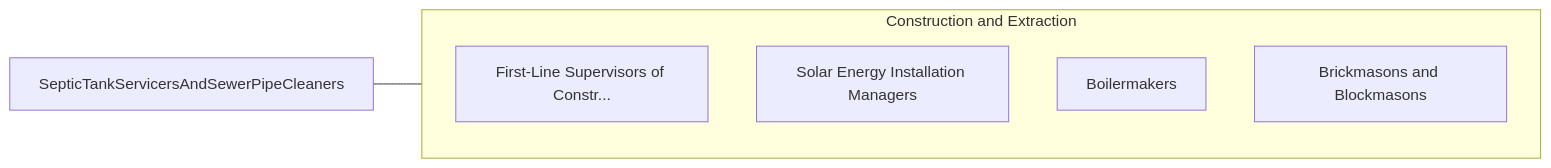
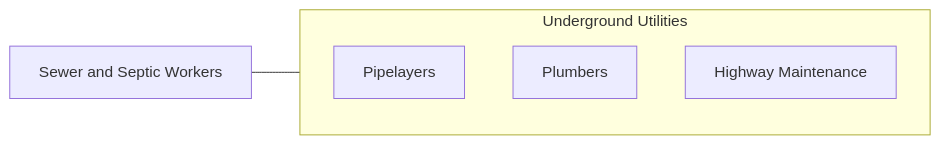
Before and after one commit to kziemski/business.org.ai: the fourth of 4 diagrams in occupations/Construction/SepticTankServicersAndSewerPipeCleaners.mdx, drawn with Mermaid. The commit also changed other lines of this file and 938 other files, not shown here.

````diff
--- a/occupations/Construction/SepticTankServicersAndSewerPipeCleaners.mdx
+++ b/occupations/Construction/SepticTankServicersAndSewerPipeCleaners.mdx
@@ -115,13 +155,10 @@
 ```mermaid
 graph LR
-    Current["SepticTankServicersAndSewerPipeCleaners"]
-
-    subgraph SameCategory["Construction and Extraction"]
-        FirstLineSupervisors["First-Line Supervisors of Constr..."]
-        SolarEnergyInstallat["Solar Energy Installation Managers"]
-        Boilermakers["Boilermakers"]
-        BrickmasonsAndBlockm["Brickmasons and Blockmasons"]
+    Current["Sewer and Septic Workers"]
+    subgraph Same["Underground Utilities"]
+        Pipelayer["Pipelayers"]
+        Plumber["Plumbers"]
+        Highway["Highway Maintenance"]
     end
-
-    Current --- SameCategory
+    Current --- Same
 ```
````
